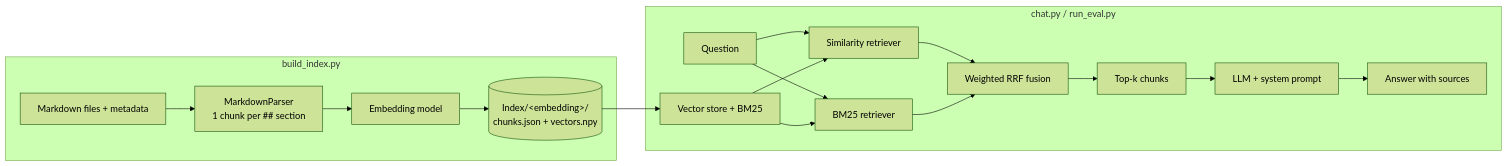
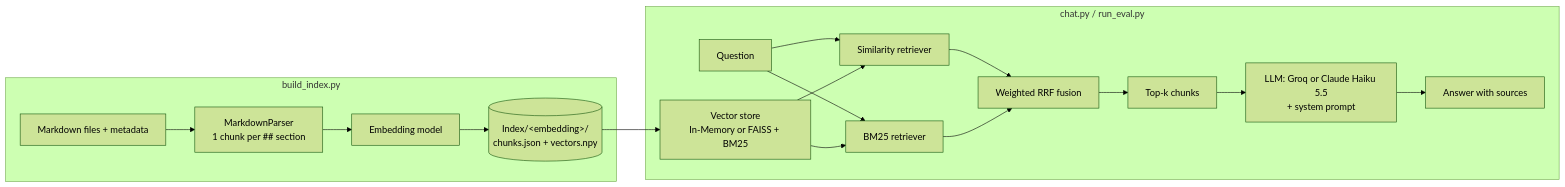
The diagram in README.md (PixelArth/WikiRAG), drawn with Mermaid (forest theme) before and after one commit. The commit also changed other lines of this file and 1 other file, not shown here.

````diff
--- a/README.md
+++ b/README.md
@@ -15,20 +16,20 @@
 ```mermaid
 flowchart LR
     subgraph build_index.py
         A[Markdown files + metadata] --> B[MarkdownParser<br/>1 chunk per ## section]
         B --> C[Embedding model]
         C --> D[(Index/&lt;embedding&gt;/<br/>chunks.json + vectors.npy)]
     end
     subgraph chat.py / run_eval.py
-        D --> E[Vector store + BM25]
+        D --> E[Vector store<br/>In-Memory or FAISS + BM25]
         Q[Question] --> F[Similarity retriever]
         Q --> G[BM25 retriever]
         E --> F
         E --> G
         F --> H[Weighted RRF fusion]
         G --> H
         H --> I[Top-k chunks]
-        I --> J[LLM + system prompt]
+        I --> J[LLM: Groq or Claude Haiku 5.5<br/>+ system prompt]
         J --> K[Answer with sources]
     end
 ```
````
